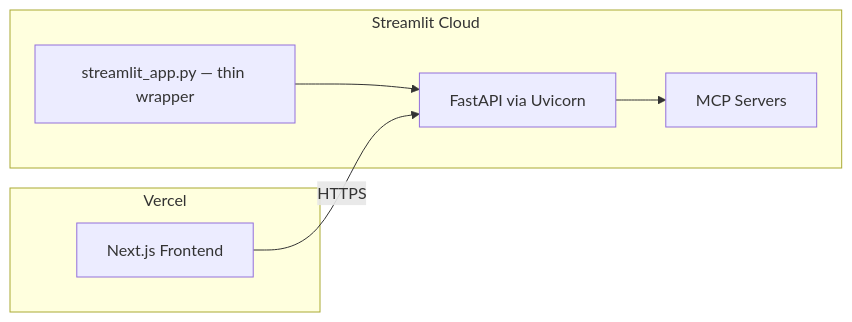
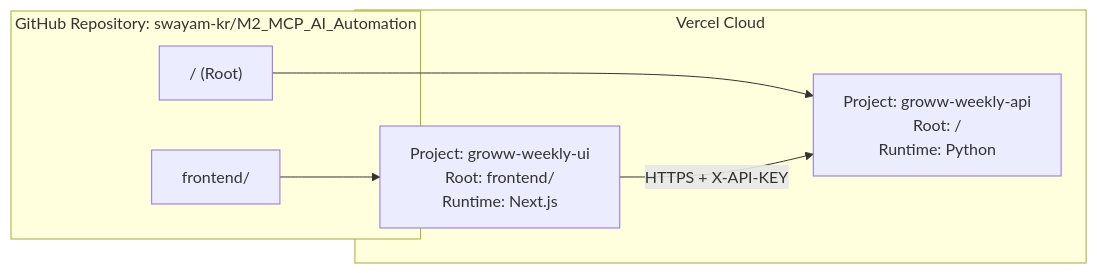
Diagram 11 of 11 in architecture.md (swayam-kr/M2_MCP_AI_Automation), drawn with Mermaid before and after one commit. The commit also changed other lines of this file and 1 other file, not shown here.

Commit message:
Docs: rewrite architecture.md as portfolio playbook + create API_DOCS.md with endpoint specs, MCP protocol, and LLM internals

````diff
--- a/architecture.md
+++ b/architecture.md
@@ -1199,12 +591,16 @@
 ```mermaid
 graph LR
-    subgraph VERCEL["Vercel"]
-        FE["Next.js Frontend"]
+    subgraph GITHUB["GitHub Repository: swayam-kr/M2_MCP_AI_Automation"]
+        ROOT["/ (Root)"]
+        FE_DIR["frontend/"]
     end
-    subgraph STREAMLIT_CLOUD["Streamlit Cloud"]
-        WRAPPER["streamlit_app.py — thin wrapper"]
-        WRAPPER --> FASTAPI["FastAPI via Uvicorn"]
-        FASTAPI --> MCP_S["MCP Servers"]
+
+    subgraph VERCEL["Vercel Cloud"]
+        BE_PROJ["Project: groww-weekly-api<br/>Root: /<br/>Runtime: Python"]
+        FE_PROJ["Project: groww-weekly-ui<br/>Root: frontend/<br/>Runtime: Next.js"]
     end
-    FE -->|"HTTPS"| FASTAPI
+
+    ROOT --> BE_PROJ
+    FE_DIR --> FE_PROJ
+    FE_PROJ -->|"HTTPS + X-API-KEY"| BE_PROJ
 ```
````
